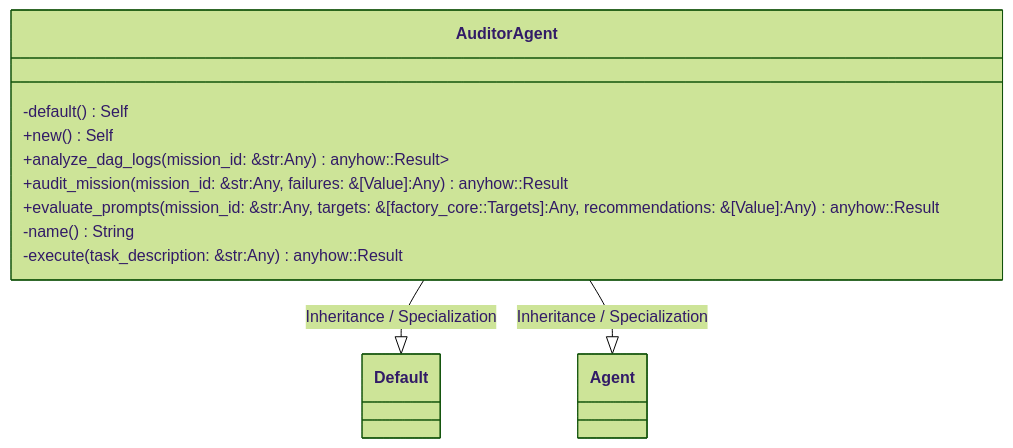
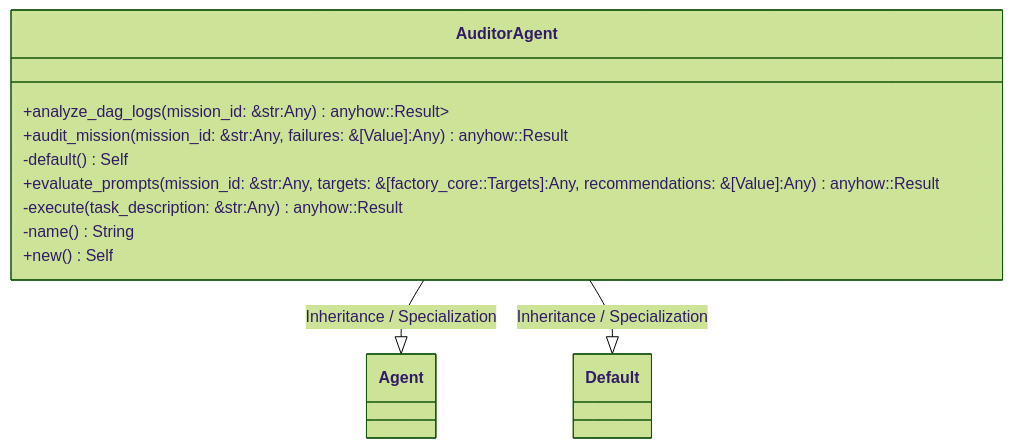
Before and after one commit to lgcorzo/rust_CACD_autonomous_factory: the first of 2 diagrams in openwiki/crates_factory-application_src_agents_auditor_rs.md, drawn with Mermaid (forest theme). The commit also changed other lines of this file and 76 other files, not shown here.

````diff
--- a/openwiki/crates_factory-application_src_agents_auditor_rs.md
+++ b/openwiki/crates_factory-application_src_agents_auditor_rs.md
@@ -173,16 +173,16 @@
 ```mermaid
 classDiagram
     direction BT
     class AuditorAgent {
-        -default() Self
-        +new() Self
         +analyze_dag_logs(mission_id: &str:Any) anyhow::Result<Vec<Value>>
         +audit_mission(mission_id: &str:Any, failures: &[Value]:Any) anyhow::Result<Value>
+        -default() Self
         +evaluate_prompts(mission_id: &str:Any, targets: &[factory_core::Targets]:Any, recommendations: &[Value]:Any) anyhow::Result<String>
+        -execute(task_description: &str:Any) anyhow::Result<Value>
         -name() String
-        -execute(task_description: &str:Any) anyhow::Result<Value>
+        +new() Self
     }
+    Agent <|-- AuditorAgent : Inheritance / Specialization
     Default <|-- AuditorAgent : Inheritance / Specialization
-    Agent <|-- AuditorAgent : Inheritance / Specialization
 
 ```
````
